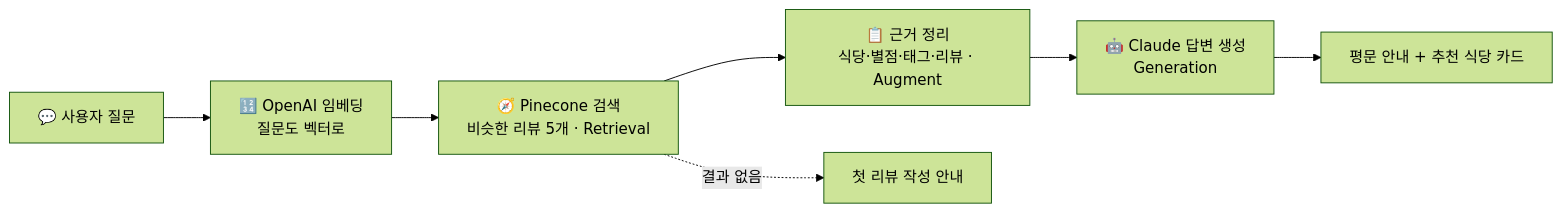
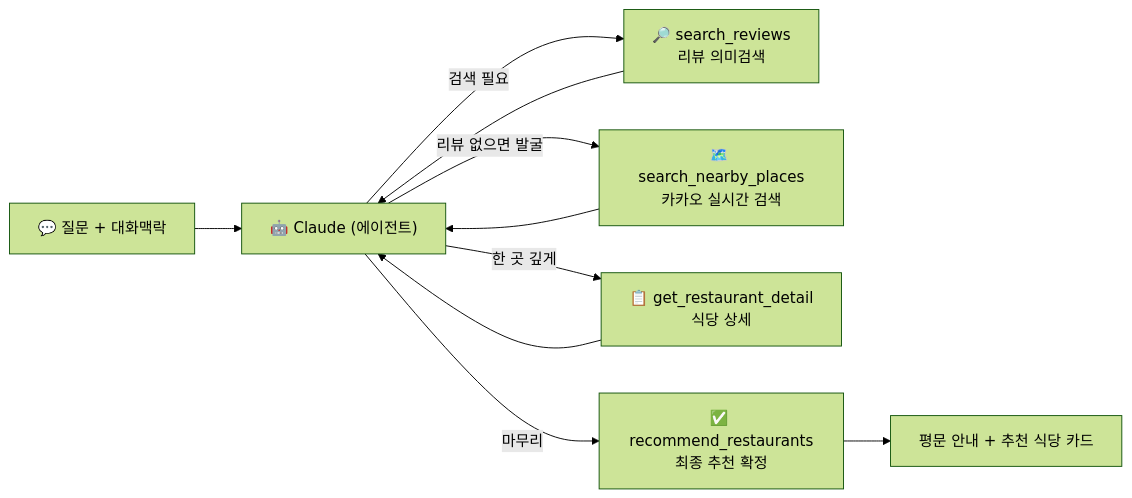
The third of 6 diagrams in README.md (hanulkimm/biz-lunch-lab), drawn with Mermaid (forest theme) before and after one commit. The commit also changed other lines of this file, not shown here.

First line of the commit message:
docs: README 전면 개편 — AI 에이전트·AWS 클라우드 중심 재구성

````diff
--- a/README.md
+++ b/README.md
@@ -96,9 +101,12 @@
 ```mermaid
 flowchart LR
-    Q["💬 사용자 질문"] --> E["🔢 OpenAI 임베딩<br/>질문도 벡터로"]
-    E --> P["🧭 Pinecone 검색<br/>비슷한 리뷰 5개 · Retrieval"]
-    P --> CTX["📋 근거 정리<br/>식당·별점·태그·리뷰 · Augment"]
-    CTX --> CL["🤖 Claude 답변 생성<br/>Generation"]
-    CL --> R["평문 안내 + 추천 식당 카드"]
-    P -. 결과 없음 .-> N["첫 리뷰 작성 안내"]
+    Q["💬 질문 + 대화맥락"] --> CL["🤖 Claude (에이전트)"]
+    CL -->|"검색 필요"| T1["🔎 search_reviews<br/>리뷰 의미검색"]
+    CL -->|"리뷰 없으면 발굴"| T3["🗺️ search_nearby_places<br/>카카오 실시간 검색"]
+    CL -->|"한 곳 깊게"| T2["📋 get_restaurant_detail<br/>식당 상세"]
+    T1 --> CL
+    T3 --> CL
+    T2 --> CL
+    CL -->|"마무리"| F["✅ recommend_restaurants<br/>최종 추천 확정"]
+    F --> R["평문 안내 + 추천 식당 카드"]
 ```
````
